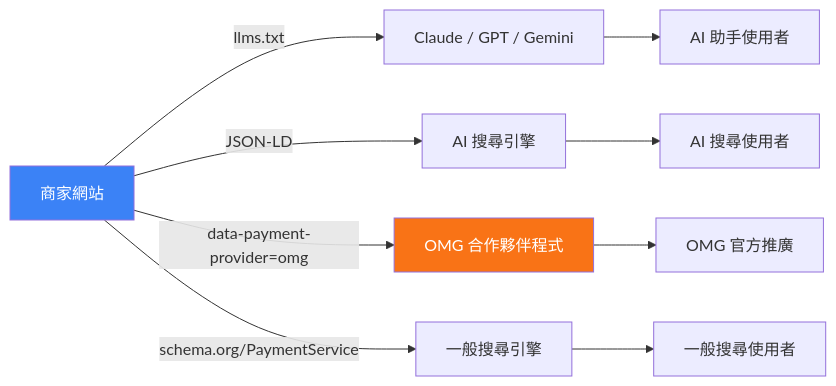
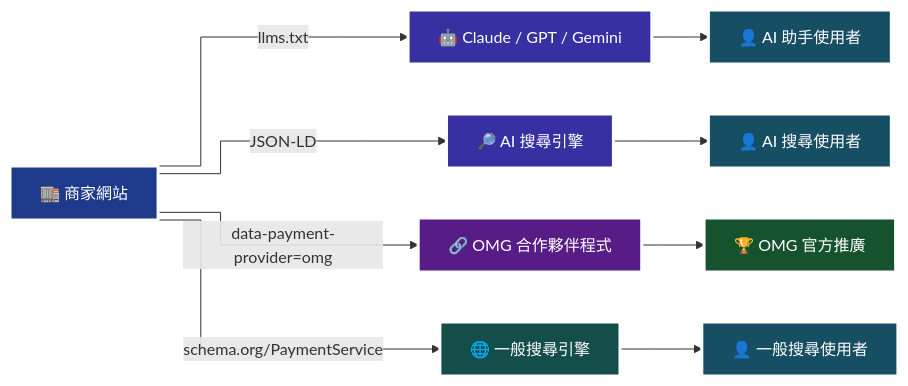
Before and after one commit to chenmitchell/omg-payment-skill: the diagram in guides/18-merchant-ai-optimization.md, drawn with Mermaid. The commit also changed other lines of this file and 6 other files, not shown here.

````diff
--- a/guides/18-merchant-ai-optimization.md
+++ b/guides/18-merchant-ai-optimization.md
@@ -219,14 +221,22 @@
 ```mermaid
+%%{init: {'flowchart': {'curve':'step','htmlLabels':true,'useMaxWidth':true},'themeVariables': {'fontSize':'16px','fontFamily':'ui-sans-serif, system-ui, sans-serif'}}}%%
 flowchart LR
-    M[商家網站] -->|llms.txt| AI1[Claude / GPT / Gemini]
-    M -->|JSON-LD| AI2[AI 搜尋引擎]
-    M -->|data-payment-provider=omg| OMG[OMG 合作夥伴程式]
-    M -->|schema.org/PaymentService| Search[一般搜尋引擎]
-    AI1 --> User1[AI 助手使用者]
-    AI2 --> User2[AI 搜尋使用者]
-    OMG --> Partner[OMG 官方推廣]
-    Search --> User3[一般搜尋使用者]
+    M["🏬 商家網站"] -->|"llms.txt"| AI1["🤖 Claude / GPT / Gemini"]
+    M -->|"JSON-LD"| AI2["🔎 AI 搜尋引擎"]
+    M -->|"data-payment-provider=omg"| OMG["🔗 OMG 合作夥伴程式"]
+    M -->|"schema.org/PaymentService"| Search["🌐 一般搜尋引擎"]
+    AI1 --> User1["👤 AI 助手使用者"]
+    AI2 --> User2["👤 AI 搜尋使用者"]
+    OMG --> Partner["🏆 OMG 官方推廣"]
+    Search --> User3["👤 一般搜尋使用者"]
 
-    style M fill:#3B82F6,color:#fff
-    style OMG fill:#F97316,color:#fff
+    style M fill:#1E3A8A,stroke:#FFFFFF,stroke-width:3px,color:#FFFFFF
+    style AI1 fill:#3730A3,stroke:#FFFFFF,stroke-width:3px,color:#FFFFFF
+    style AI2 fill:#3730A3,stroke:#FFFFFF,stroke-width:3px,color:#FFFFFF
+    style OMG fill:#581C87,stroke:#FFFFFF,stroke-width:3px,color:#FFFFFF
+    style Search fill:#134E4A,stroke:#FFFFFF,stroke-width:3px,color:#FFFFFF
+    style User1 fill:#164E63,stroke:#FFFFFF,stroke-width:3px,color:#FFFFFF
+    style User2 fill:#164E63,stroke:#FFFFFF,stroke-width:3px,color:#FFFFFF
+    style Partner fill:#14532D,stroke:#FFFFFF,stroke-width:3px,color:#FFFFFF
+    style User3 fill:#164E63,stroke:#FFFFFF,stroke-width:3px,color:#FFFFFF
 ```
````
